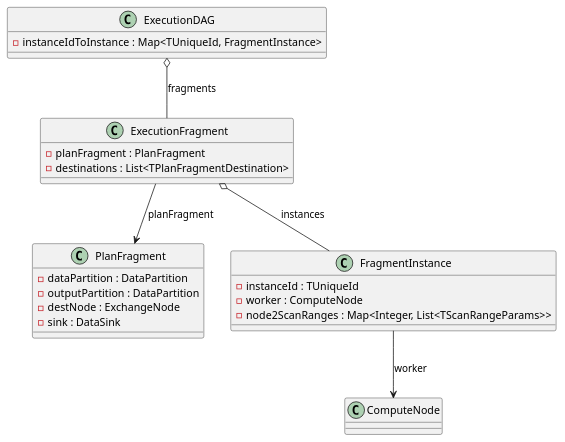
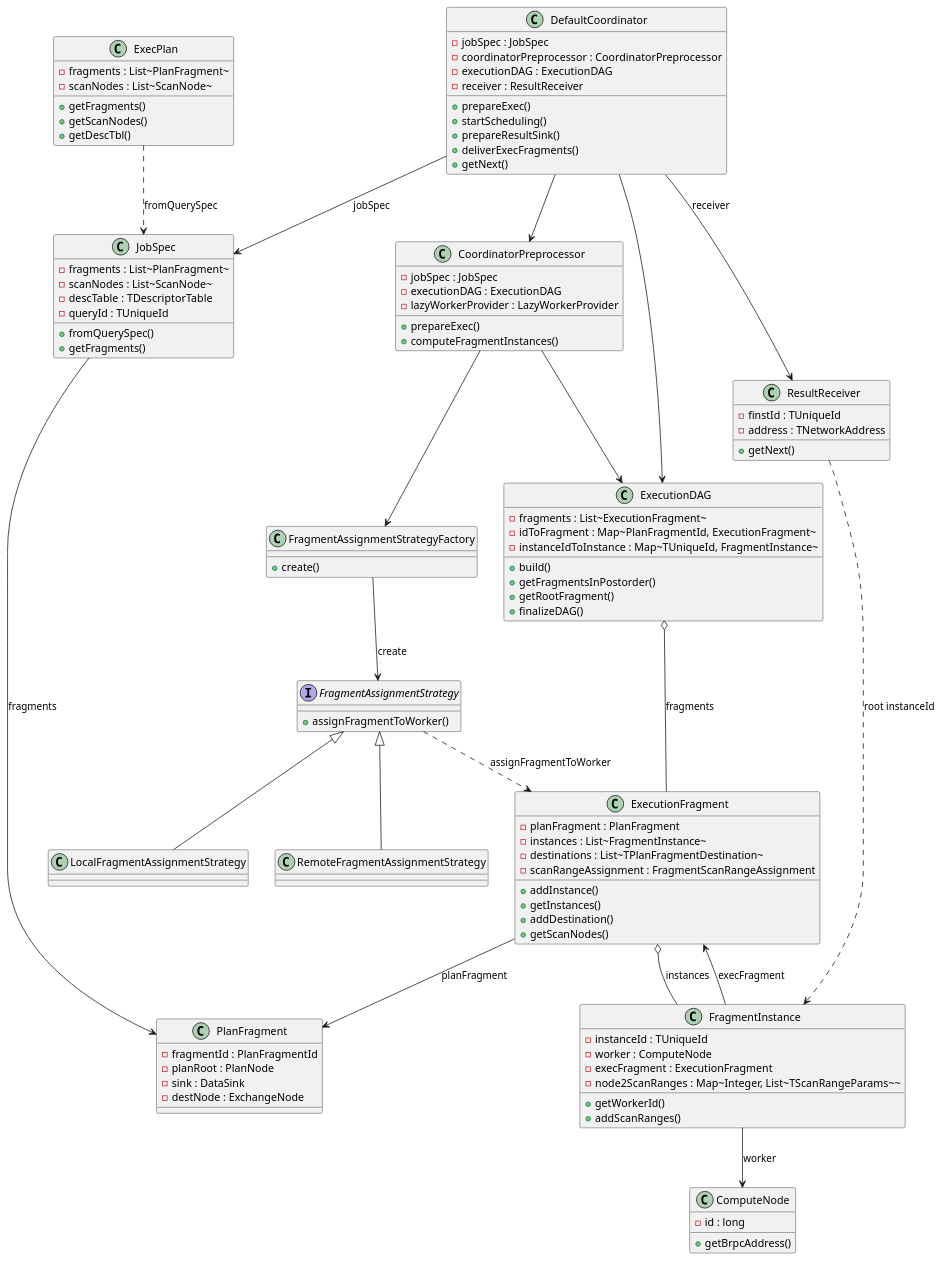
Before and after one commit to kevinwang930/kevinwang930.github.io: diagram 14 of 15 in content/post/data/db/starrocks/architecture/index.md, drawn with PlantUML. The commit also changed other lines of this file and 2 other files, not shown here.

````diff
--- a/content/post/data/db/starrocks/architecture/index.md
+++ b/content/post/data/db/starrocks/architecture/index.md
@@ -1894,32 +2024,120 @@
 ```plantuml
 @startuml
 
-class PlanFragment {
-  - dataPartition : DataPartition
-  - outputPartition : DataPartition
-  - destNode : ExchangeNode
-  - sink : DataSink
+class ExecPlan {
+  - fragments : List~PlanFragment~
+  - scanNodes : List~ScanNode~
+  + getFragments()
+  + getScanNodes()
+  + getDescTbl()
 }
 
+class JobSpec {
+  - fragments : List~PlanFragment~
+  - scanNodes : List~ScanNode~
+  - descTable : TDescriptorTable
+  - queryId : TUniqueId
+  + fromQuerySpec()
+  + getFragments()
+}
+
+class DefaultCoordinator {
+  - jobSpec : JobSpec
+  - coordinatorPreprocessor : CoordinatorPreprocessor
+  - executionDAG : ExecutionDAG
+  - receiver : ResultReceiver
+  + prepareExec()
+  + startScheduling()
+  + prepareResultSink()
+  + deliverExecFragments()
+  + getNext()
+}
+
+class CoordinatorPreprocessor {
+  - jobSpec : JobSpec
+  - executionDAG : ExecutionDAG
+  - lazyWorkerProvider : LazyWorkerProvider
+  + prepareExec()
+  + computeFragmentInstances()
+}
+
+class FragmentAssignmentStrategyFactory {
+  + create()
+}
+
+interface FragmentAssignmentStrategy {
+  + assignFragmentToWorker()
+}
+
+class LocalFragmentAssignmentStrategy
+class RemoteFragmentAssignmentStrategy
+
 class ExecutionDAG {
-  - instanceIdToInstance : Map<TUniqueId, FragmentInstance>
+  - fragments : List~ExecutionFragment~
+  - idToFragment : Map~PlanFragmentId, ExecutionFragment~
+  - instanceIdToInstance : Map~TUniqueId, FragmentInstance~
+  + build()
+  + getFragmentsInPostorder()
+  + getRootFragment()
+  + finalizeDAG()
 }
 
 class ExecutionFragment {
   - planFragment : PlanFragment
-  - destinations : List<TPlanFragmentDestination>
+  - instances : List~FragmentInstance~
+  - destinations : List~TPlanFragmentDestination~
+  - scanRangeAssignment : FragmentScanRangeAssignment
+  + addInstance()
+  + getInstances()
+  + addDestination()
+  + getScanNodes()
 }
 
 class FragmentInstance {
   - instanceId : TUniqueId
   - worker : ComputeNode
-  - node2ScanRanges : Map<Integer, List<TScanRangeParams>>
+  - execFragment : ExecutionFragment
+  - node2ScanRanges : Map~Integer, List~TScanRangeParams~~
+  + getWorkerId()
+  + addScanRanges()
 }
 
+class PlanFragment {
+  - fragmentId : PlanFragmentId
+  - planRoot : PlanNode
+  - sink : DataSink
+  - destNode : ExchangeNode
+}
+
+class ResultReceiver {
+  - finstId : TUniqueId
+  - address : TNetworkAddress
+  + getNext()
+}
+
+class ComputeNode {
+  - id : long
+  + getBrpcAddress()
+}
+
+ExecPlan ..> JobSpec : fromQuerySpec
+JobSpec --> PlanFragment : fragments
+DefaultCoordinator --> JobSpec : jobSpec
+DefaultCoordinator --> CoordinatorPreprocessor
+DefaultCoordinator --> ExecutionDAG
+DefaultCoordinator --> ResultReceiver : receiver
+CoordinatorPreprocessor --> ExecutionDAG
+CoordinatorPreprocessor --> FragmentAssignmentStrategyFactory
+FragmentAssignmentStrategyFactory --> FragmentAssignmentStrategy : create
+FragmentAssignmentStrategy <|-- LocalFragmentAssignmentStrategy
+FragmentAssignmentStrategy <|-- RemoteFragmentAssignmentStrategy
+FragmentAssignmentStrategy ..> ExecutionFragment : assignFragmentToWorker
 ExecutionDAG o-- ExecutionFragment : fragments
 ExecutionFragment --> PlanFragment : planFragment
 ExecutionFragment o-- FragmentInstance : instances
 FragmentInstance --> ComputeNode : worker
+FragmentInstance --> ExecutionFragment : execFragment
+ResultReceiver ..> FragmentInstance : root instanceId
 
 @enduml
 ```
````
